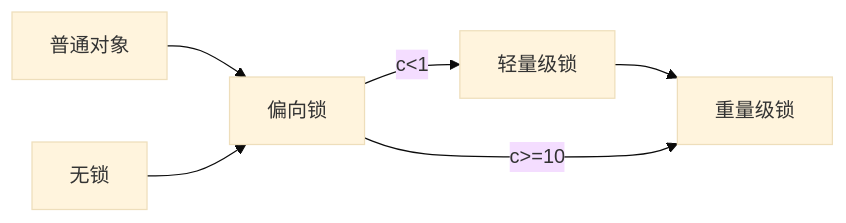
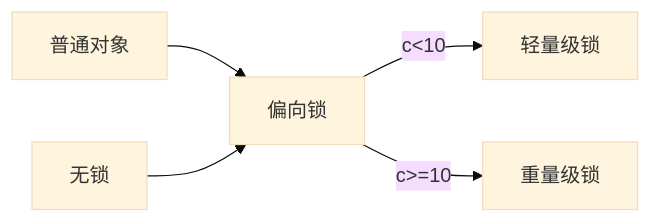
Before and after one commit to dreamlikey/note: the diagram in java/并发编程/6-synchronized.md, drawn with Mermaid (base theme). The commit also changed other lines of this file and 1 other file, not shown here.

````diff
--- a/java/并发编程/6-synchronized.md
+++ b/java/并发编程/6-synchronized.md
@@ -175,10 +192,8 @@
 ```mermaid
 graph LR
 A[普通对象] -->C[偏向锁]
 B[无锁]    -->C[偏向锁]
-
-    C -->|c<1| D[轻量级锁]
-    D[轻量级锁] --> E[重量级锁]
+    C -->|c<10| D[轻量级锁]
     C -->|c>=10| E[重量级锁]
     
 ```
````
